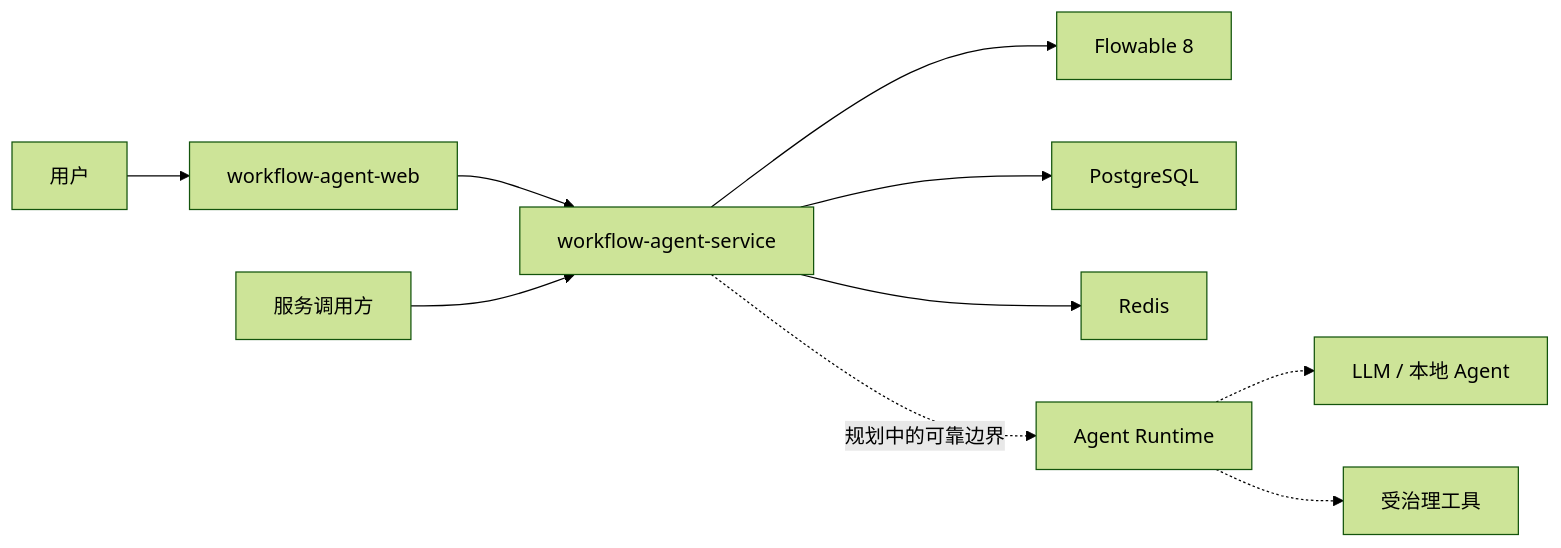
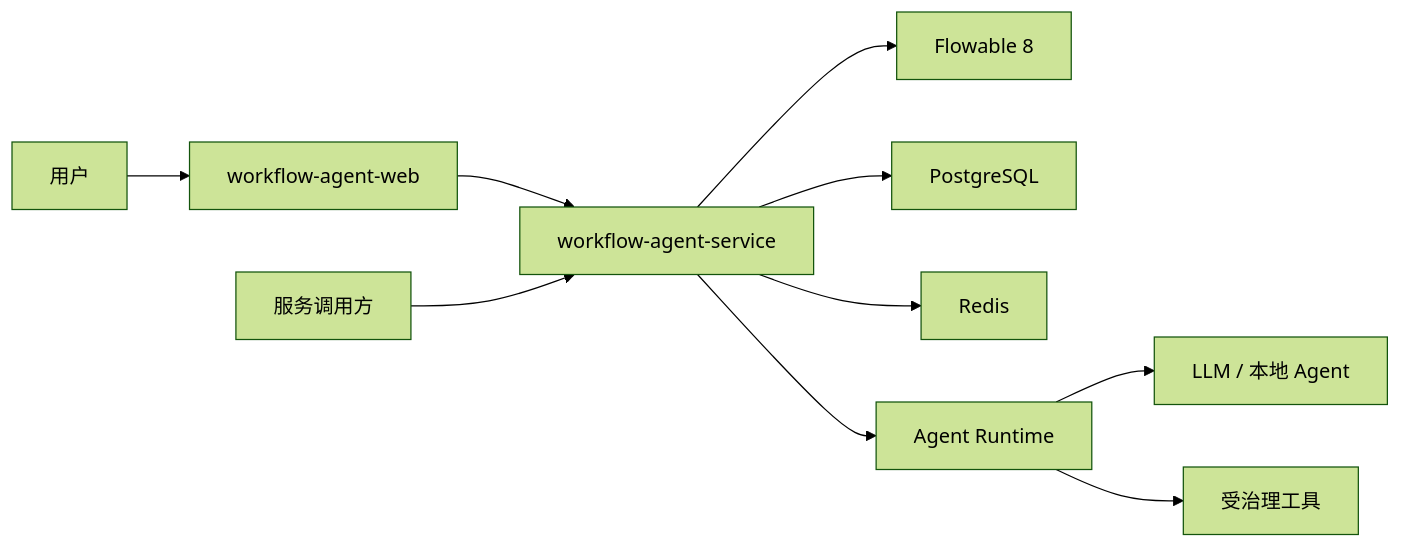
The diagram in README.zh-CN.md (illuseahashmap/workflow-agent), drawn with Mermaid (forest theme) before and after one commit. The commit also changed other lines of this file and 13 other files, not shown here.

````diff
--- a/README.zh-CN.md
+++ b/README.zh-CN.md
@@ -56,12 +75,12 @@
 ```mermaid
 flowchart LR
     User["用户"] --> Web["workflow-agent-web"]
     Web --> Service["workflow-agent-service"]
     Client["服务调用方"] --> Service
     Service --> Flowable["Flowable 8"]
     Service --> PostgreSQL["PostgreSQL"]
     Service --> Redis["Redis"]
-    Service -. "规划中的可靠边界" .-> Agent["Agent Runtime"]
-    Agent -.-> Provider["LLM / 本地 Agent"]
-    Agent -.-> Tools["受治理工具"]
+    Service --> Agent["Agent Runtime"]
+    Agent --> Provider["LLM / 本地 Agent"]
+    Agent --> Tools["受治理工具"]
 ```
````
